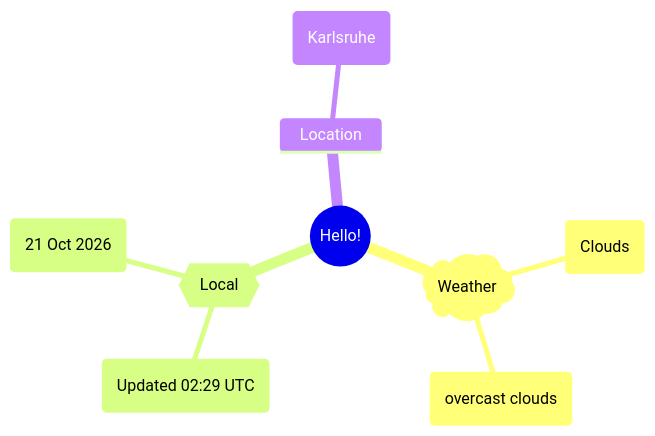
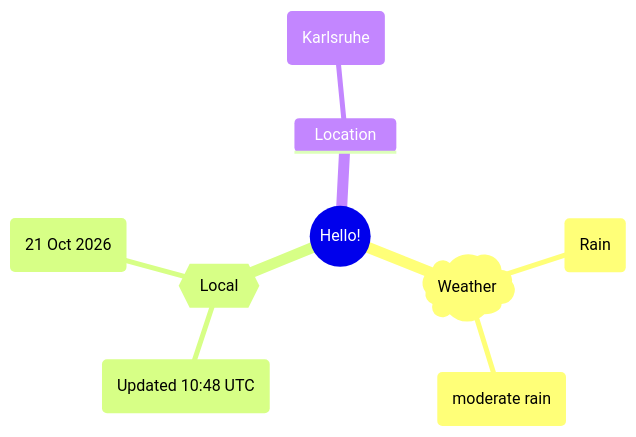
The first of 2 diagrams in README.md (Xosrov/Xosrov), drawn with Mermaid before and after one commit.

Commit message:
[bot] updated images

````diff
--- a/README.md
+++ b/README.md
@@ -3,12 +3,12 @@
 ```mermaid
 mindmap
   root((Hello!))
     )Weather(
-        (Clouds)
-        (overcast clouds)
+        (Rain)
+        (moderate rain)
     {{Local}}
-        (Updated 02:29 UTC)
+        (Updated 10:48 UTC)
         (21 Oct 2026)
     Location
         (Karlsruhe)
 ```
````
